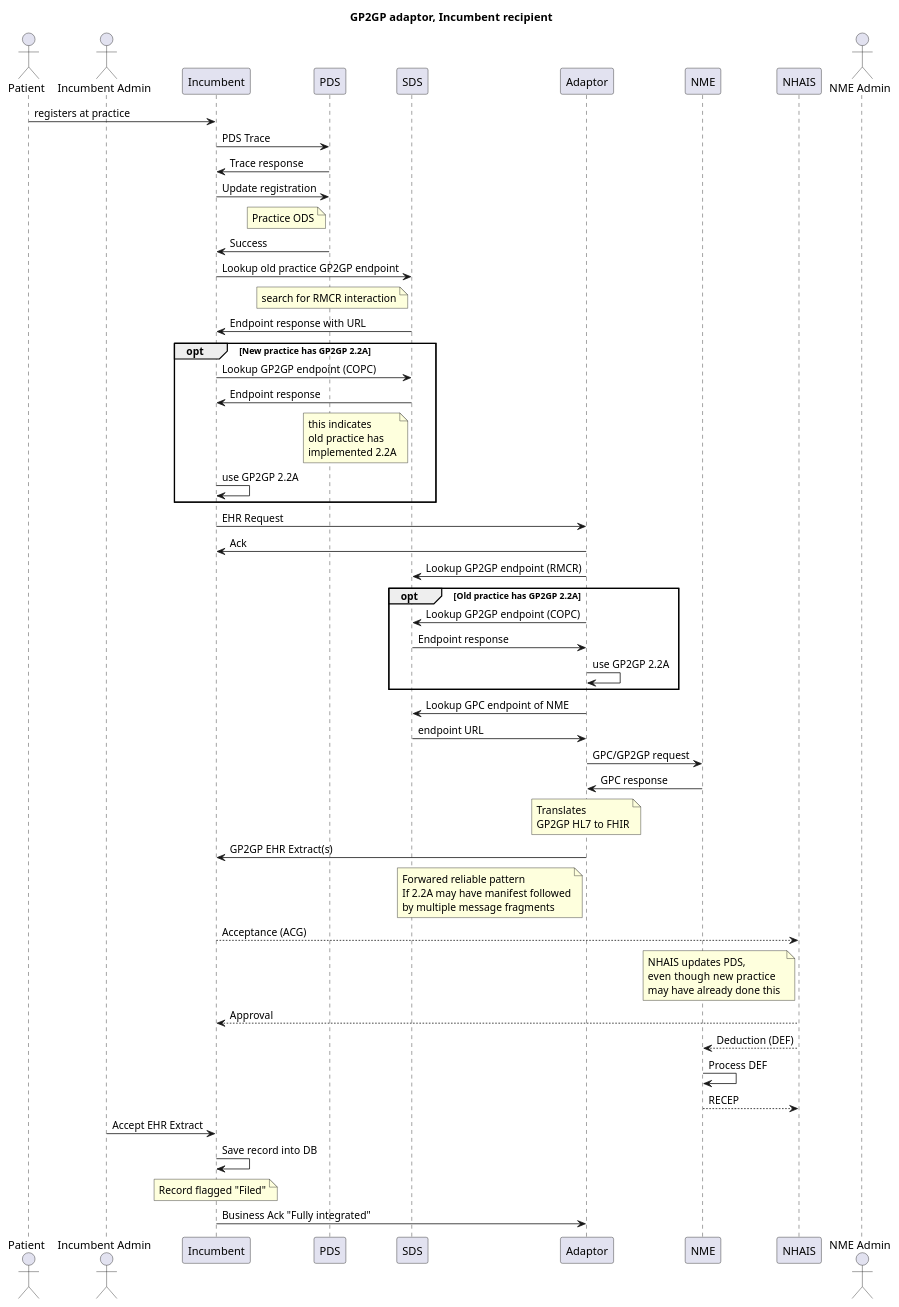
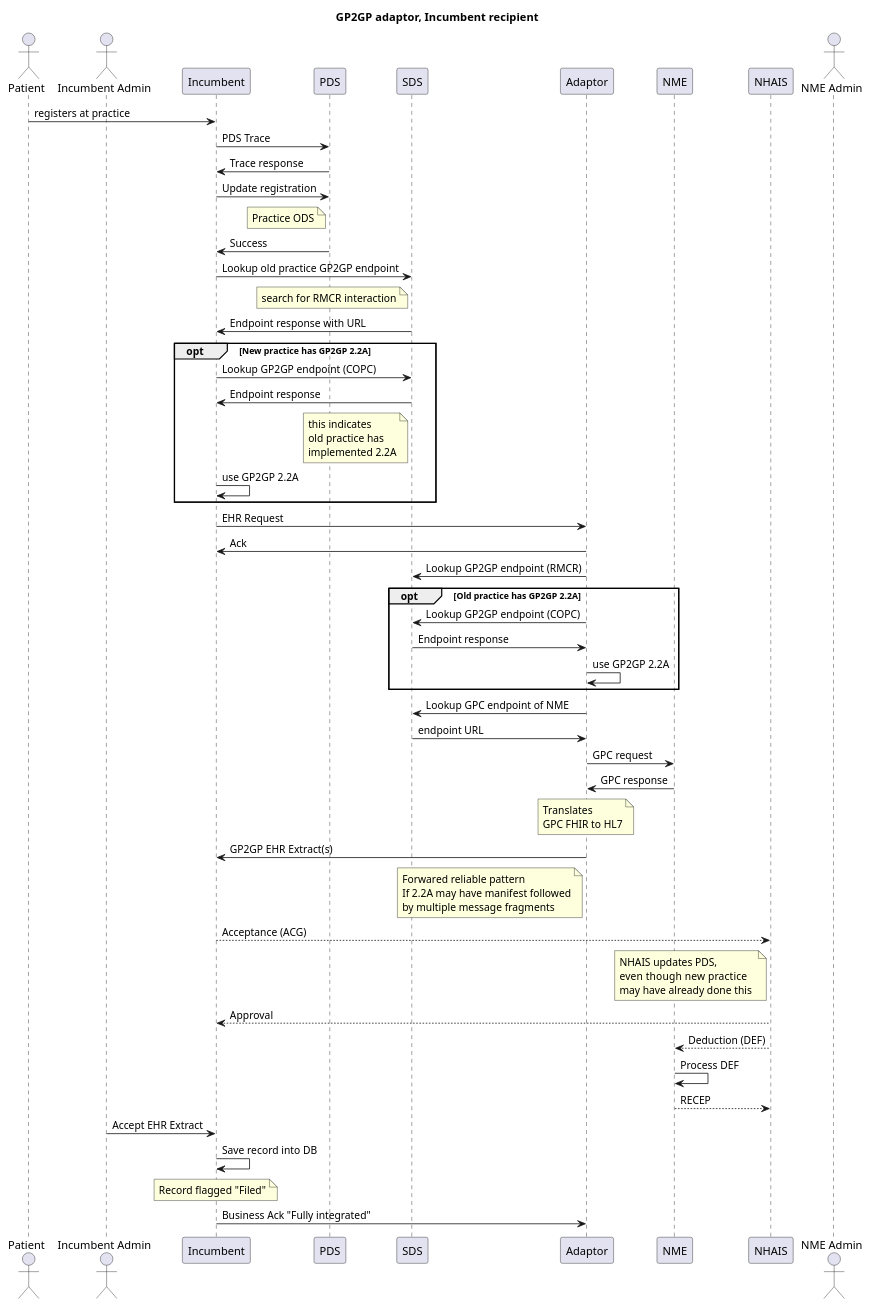
The diagram in architecture/nme-to-incumbent-sequence.puml (NHSDigital/integration-adaptor-gp2gp), drawn with PlantUML before and after one commit. The commit also changed 3 other files, not shown here.

```diff
--- a/architecture/nme-to-incumbent-sequence.puml
+++ b/architecture/nme-to-incumbent-sequence.puml
@@ -1,72 +1,72 @@
 @startuml
 
 
 title GP2GP adaptor, Incumbent recipient
 actor Patient
 actor "Incumbent Admin" as igp
 Patient->Incumbent: registers at practice
 Incumbent->PDS:PDS Trace
 PDS->Incumbent:Trace response
 Incumbent->PDS:Update registration
 note left of PDS: Practice ODS
 PDS->Incumbent:Success
 
 Incumbent->SDS:Lookup old practice GP2GP endpoint
 note left of SDS: search for RMCR interaction
 SDS->Incumbent:Endpoint response with URL
 opt New practice has GP2GP 2.2A
 Incumbent->SDS:Lookup GP2GP endpoint (COPC)
 SDS->Incumbent:Endpoint response
 note left of SDS 
 this indicates 
 old practice has 
 implemented 2.2A
 end note
 Incumbent->Incumbent:use GP2GP 2.2A
 end
 
 Incumbent->Adaptor:EHR Request
 Adaptor->Incumbent:Ack
 Adaptor->SDS:Lookup GP2GP endpoint (RMCR)
 opt Old practice has GP2GP 2.2A
 Adaptor->SDS:Lookup GP2GP endpoint (COPC)
 SDS->Adaptor:Endpoint response
 Adaptor->Adaptor:use GP2GP 2.2A
 end
 
 Adaptor->SDS:Lookup GPC endpoint of NME
 SDS->Adaptor:endpoint URL
-Adaptor->NME:GPC/GP2GP request
+Adaptor->NME:GPC request
 NME->Adaptor:GPC response
 Note over Adaptor
 Translates 
-GP2GP HL7 to FHIR
+GPC FHIR to HL7
 end note
 Adaptor->Incumbent:GP2GP EHR Extract(s)
 note left of Adaptor
 Forwared reliable pattern
 If 2.2A may have manifest followed
 by multiple message fragments
 end note
 
 Incumbent-->NHAIS:Acceptance (ACG)
 
 note left of NHAIS
 NHAIS updates PDS, 
 even though new  practice 
 may have already done this 
 end note
 NHAIS-->Incumbent:Approval
 NHAIS-->NME:Deduction (DEF)
 NME->NME:Process DEF
 NME-->NHAIS:RECEP
 
 
 Actor "NME Admin"
 
 igp->Incumbent:Accept EHR Extract
 Incumbent->Incumbent:Save record into DB
 note over Incumbent: Record flagged "Filed"
 Incumbent->Adaptor:Business Ack "Fully integrated"
 
 @enduml
```
